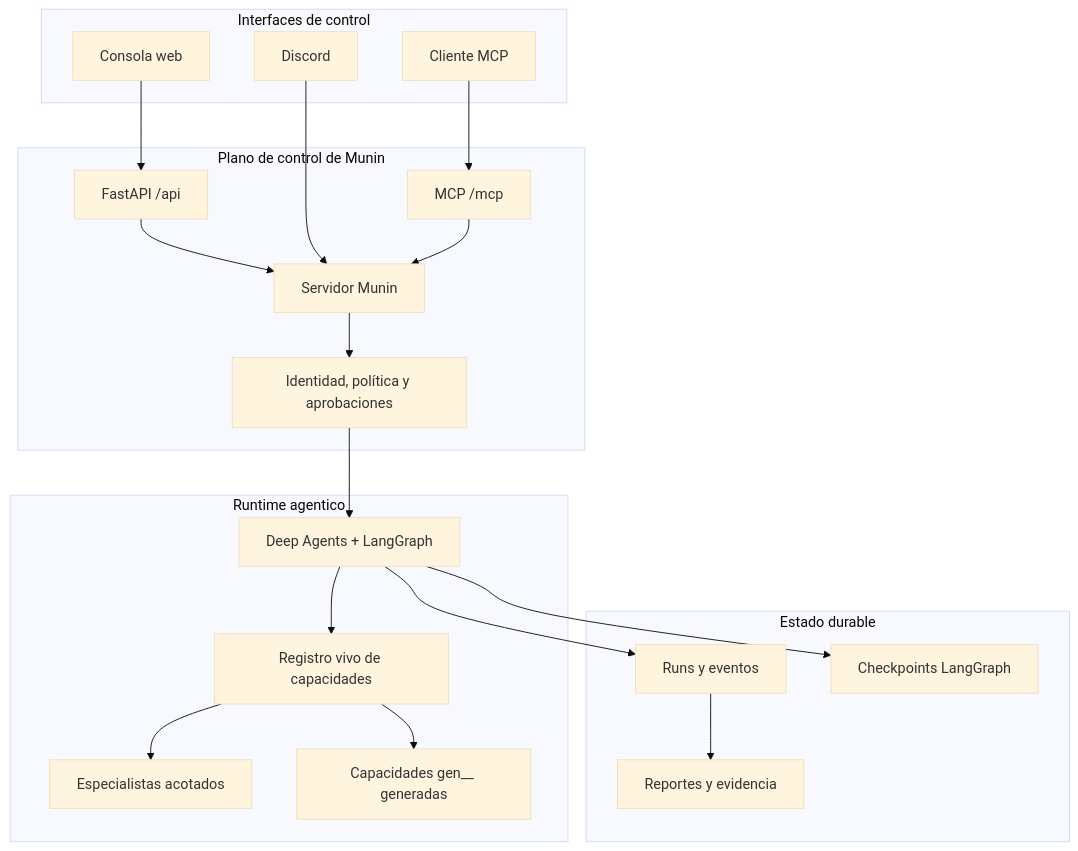
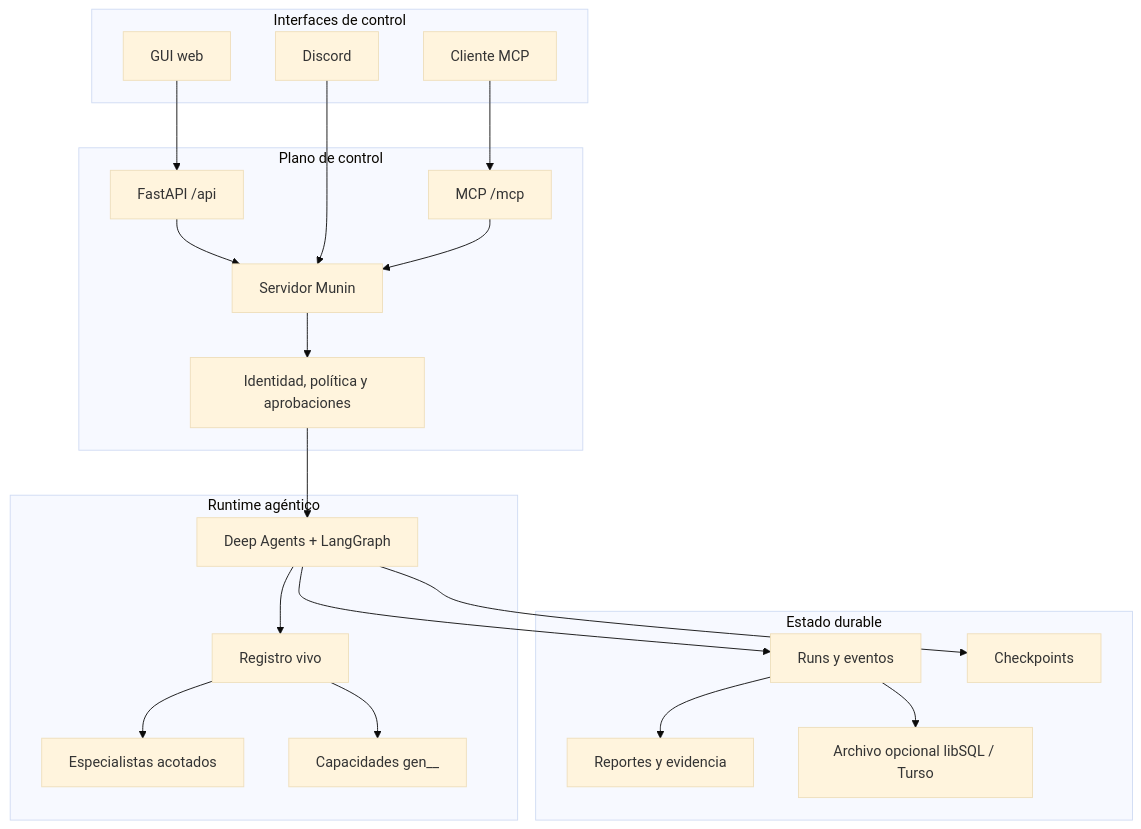
One commit to PrinceOfPwn/Munin changed the third of 5 diagrams in README.es.md. Above: the diagram before and after it, drawn with Mermaid (base theme). The commit also changed other lines of this file, not shown here.

````diff
--- a/README.es.md
+++ b/README.es.md
@@ -55,39 +118,37 @@
 ```mermaid
 flowchart TB
     subgraph Interfaces[Interfaces de control]
-        Web[Consola web]
+        Web[GUI web]
         Discord[Discord]
         MCPClient[Cliente MCP]
     end
-
-    subgraph Control[Plano de control de Munin]
+    subgraph Control[Plano de control]
         API[FastAPI /api]
         MCP[MCP /mcp]
         Server[Servidor Munin]
         Policy[Identidad, política y aprobaciones]
     end
-
-    subgraph Runtime[Runtime agentico]
+    subgraph Runtime[Runtime agéntico]
         Graph[Deep Agents + LangGraph]
-        Registry[Registro vivo de capacidades]
+        Registry[Registro vivo]
         Specialists[Especialistas acotados]
-        Generated[Capacidades gen__ generadas]
+        Generated[Capacidades gen__]
     end
-
     subgraph State[Estado durable]
         Timeline[Runs y eventos]
-        Checkpoints[Checkpoints LangGraph]
+        Checkpoints[Checkpoints]
         Artifacts[Reportes y evidencia]
+        Archive[Archivo opcional libSQL / Turso]
     end
-
     Web --> API --> Server
     Discord --> Server
     MCPClient --> MCP --> Server
     Server --> Policy --> Graph
     Graph --> Registry
     Registry --> Specialists
     Registry --> Generated
     Graph --> Timeline
     Graph --> Checkpoints
     Timeline --> Artifacts
+    Timeline --> Archive
 ```
````
